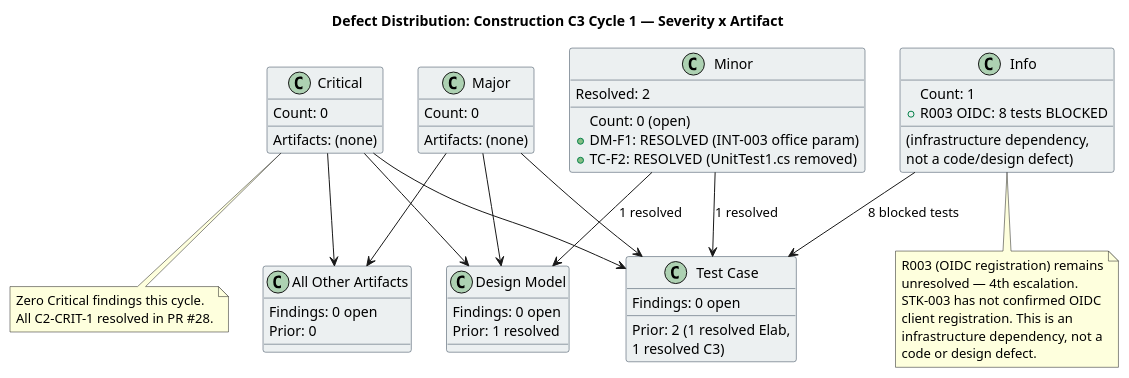
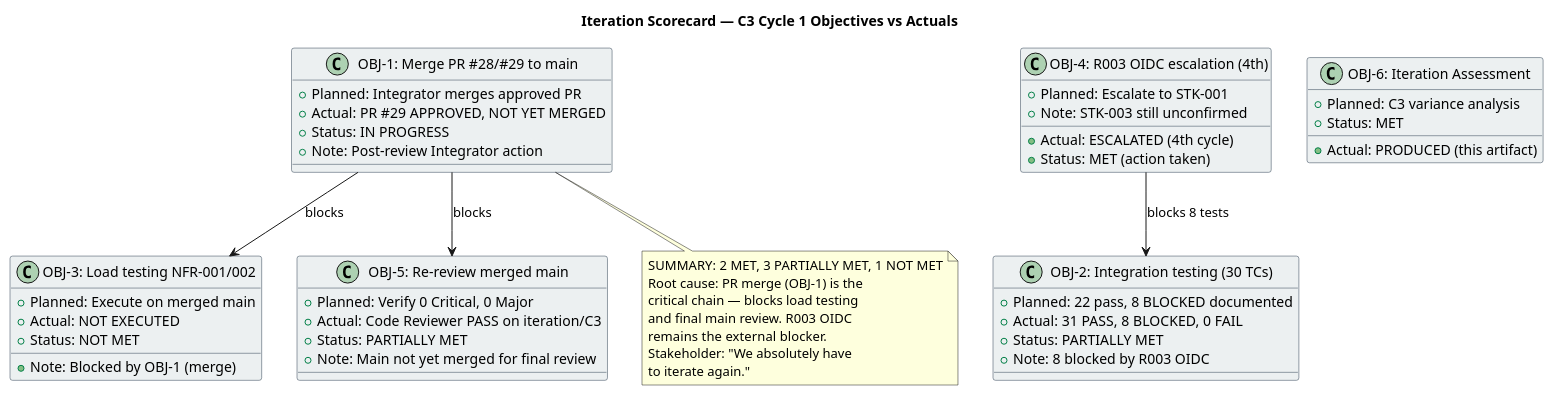
One commit to banense-test/portal-cuba-corp changed the second of 5 diagrams in docs/artifacts/project-management/review-record.md. Above: the diagram before and after it, drawn with PlantUML. The commit also changed other lines of this file, not shown here.

First line of the commit message:
Management Reviewer [C3]: upsert Review Record

````diff
--- a/docs/artifacts/project-management/review-record.md
+++ b/docs/artifacts/project-management/review-record.md
@@ -229,74 +236,65 @@
 ```plantuml
 @startuml
-title Defect Distribution: Construction C3 Cycle 1 — Severity x Artifact
+title Iteration Scorecard — C3 Cycle 1 Objectives vs Actuals
 
 skinparam classBorderColor #2C3E50
 skinparam classBackgroundColor #ECF0F1
 skinparam shadowing false
 
-class "Critical" as C {
-  Count: 0
-  Artifacts: (none)
+class "OBJ-1: Merge PR #28/#29 to main" as O1 {
+  + Planned: Integrator merges approved PR
+  + Actual: PR #29 APPROVED, NOT YET MERGED
+  + Status: IN PROGRESS
+  + Note: Post-review Integrator action
 }
 
-class "Major" as M {
-  Count: 0
-  Artifacts: (none)
+class "OBJ-2: Integration testing (30 TCs)" as O2 {
+  + Planned: 22 pass, 8 BLOCKED documented
+  + Actual: 31 PASS, 8 BLOCKED, 0 FAIL
+  + Status: PARTIALLY MET
+  + Note: 8 blocked by R003 OIDC
 }
 
-class "Minor" as Min {
-  Count: 0 (open)
-  Resolved: 2
-  + DM-F1: RESOLVED (INT-003 office param)
-  + TC-F2: RESOLVED (UnitTest1.cs removed)
+class "OBJ-3: Load testing NFR-001/002" as O3 {
+  + Planned: Execute on merged main
+  + Actual: NOT EXECUTED
+  + Status: NOT MET
+  + Note: Blocked by OBJ-1 (merge)
 }
 
-class "Info" as I {
-  Count: 1
-  + R003 OIDC: 8 tests BLOCKED
-    (infrastructure dependency,
-    not a code/design defect)
+class "OBJ-4: R003 OIDC escalation (4th)" as O4 {
+  + Planned: Escalate to STK-001
+  + Actual: ESCALATED (4th cycle)
+  + Status: MET (action taken)
+  + Note: STK-003 still unconfirmed
 }
 
-class "Design Model" as DM {
-  Findings: 0 open
-  Prior: 1 resolved
+class "OBJ-5: Re-review merged main" as O5 {
+  + Planned: Verify 0 Critical, 0 Major
+  + Actual: Code Reviewer PASS on iteration/C3
+  + Status: PARTIALLY MET
+  + Note: Main not yet merged for final review
 }
 
-class "Test Case" as TC {
-  Findings: 0 open
-  Prior: 2 (1 resolved Elab,
-            1 resolved C3)
+class "OBJ-6: Iteration Assessment" as O6 {
+  + Planned: C3 variance analysis
+  + Actual: PRODUCED (this artifact)
+  + Status: MET
 }
 
-class "All Other Artifacts" as OTH {
-  Findings: 0 open
-  Prior: 0
-}
+O1 --> O3 : blocks
+O1 --> O5 : blocks
+O4 --> O2 : blocks 8 tests
 
-C --> DM
-C --> TC
-C --> OTH
-M --> DM
-M --> TC
-M --> OTH
-Min --> DM : 1 resolved
-Min --> TC : 1 resolved
-I --> TC : 8 blocked tests
-
-note bottom of C
-  Zero Critical findings this cycle.
-  All C2-CRIT-1 resolved in PR #28.
-end note
-
-note bottom of I
-  R003 (OIDC registration) remains
-  unresolved — 4th escalation.
-  STK-003 has not confirmed OIDC
-  client registration. This is an
-  infrastructure dependency, not a
-  code or design defect.
+note bottom of O1
+  SUMMARY: 2 MET, 3 PARTIALLY MET, 1 NOT MET
+  Root cause: PR merge (OBJ-1) is the
+  critical chain — blocks load testing
+  and final main review. R003 OIDC
+  remains the external blocker.
+  Stakeholder: "We absolutely have
+  to iterate again."
 end note
 
 @enduml
 ```
````
